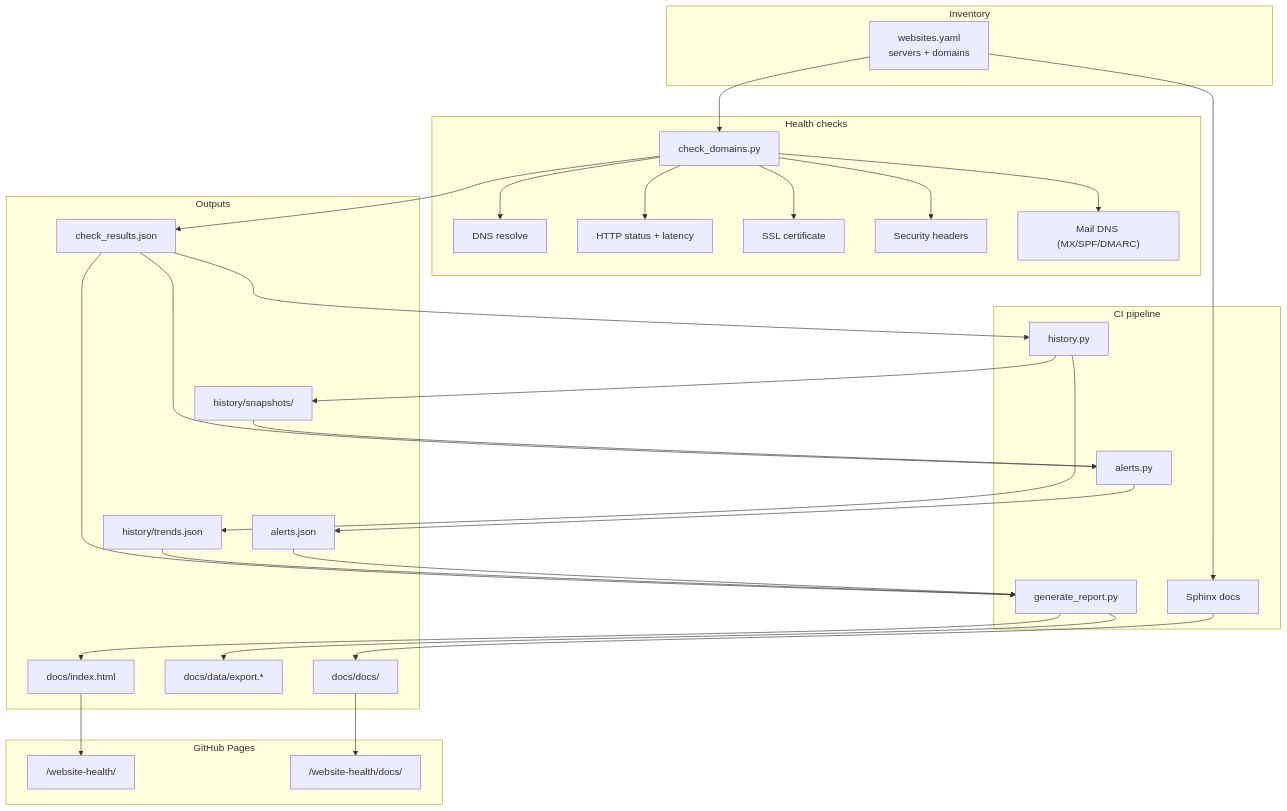
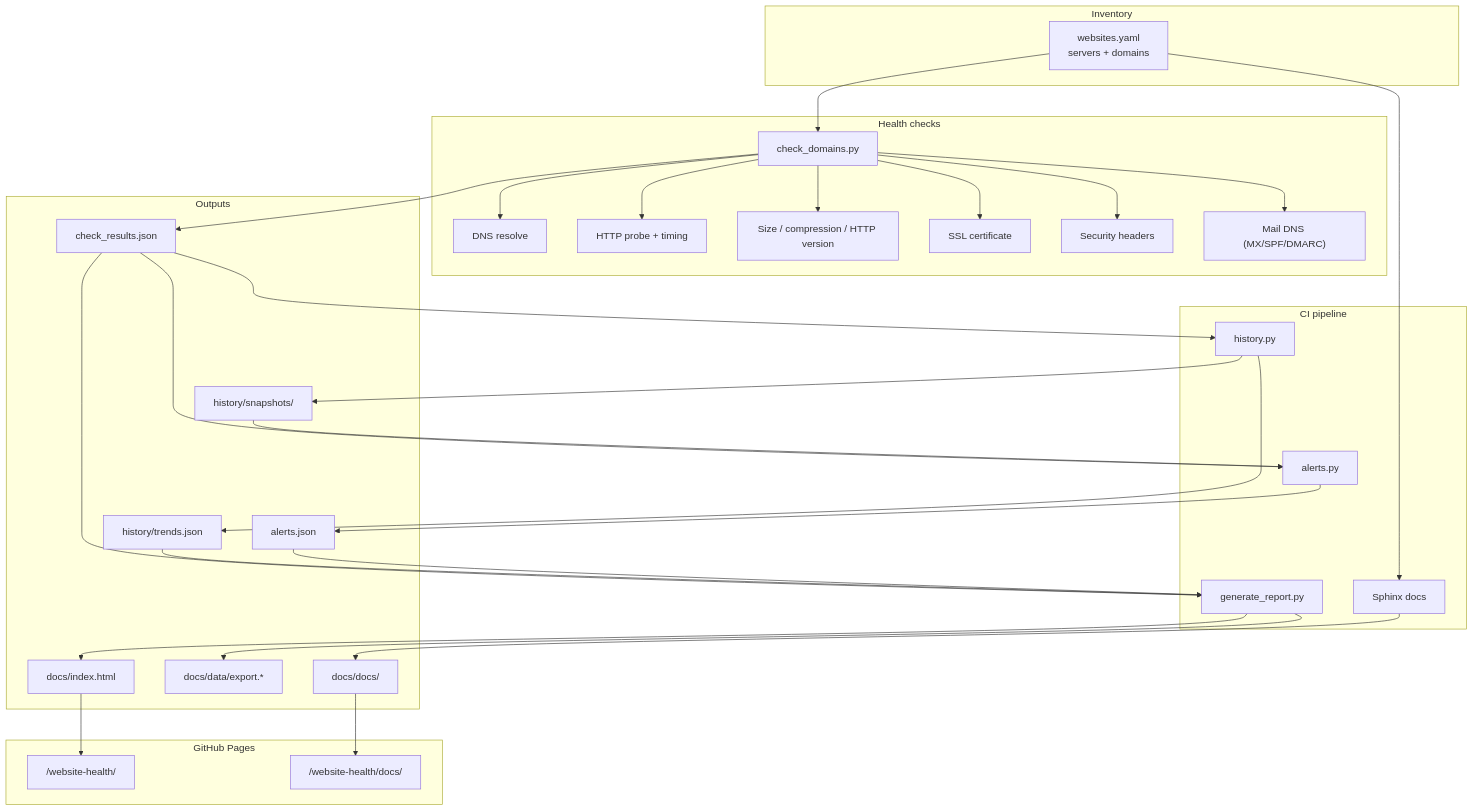
Before and after one commit to hubertba/website-health: the first of 6 diagrams in requirements-docs/diagrams.rst, drawn with Mermaid. The commit also changed 17 other files, not shown here.

First line of the commit message:
Add performance probes: timing breakdown, size, compression, trends

```diff
--- a/requirements-docs/diagrams.rst
+++ b/requirements-docs/diagrams.rst
@@ -7,55 +7,56 @@
 .. mermaid::
 
    flowchart TB
      subgraph inventory["Inventory"]
        YAML["websites.yaml<br/>servers + domains"]
      end
 
      subgraph checks["Health checks"]
        CHECK["check_domains.py"]
        DNS["DNS resolve"]
-       HTTP["HTTP status + latency"]
+       HTTP["HTTP probe + timing"]
+       PERF["Size / compression / HTTP version"]
        SSL["SSL certificate"]
        SEC["Security headers"]
        MAIL["Mail DNS (MX/SPF/DMARC)"]
      end
 
      subgraph pipeline["CI pipeline"]
        ALERTS["alerts.py"]
        HIST["history.py"]
        REPORT["generate_report.py"]
        SPHINX["Sphinx docs"]
      end
 
      subgraph output["Outputs"]
        JSON["check_results.json"]
        SNAP["history/snapshots/"]
        TRENDS["history/trends.json"]
        ALERTJSON["alerts.json"]
        HTML["docs/index.html"]
        DATA["docs/data/export.*"]
        DOCS["docs/docs/"]
      end
 
      subgraph pages["GitHub Pages"]
        ROOT["/website-health/"]
        DOCPATH["/website-health/docs/"]
      end
 
      YAML --> CHECK
-     CHECK --> DNS & HTTP & SSL & SEC & MAIL
+     CHECK --> DNS & HTTP & SSL & SEC & MAIL & PERF
      CHECK --> JSON
      JSON --> ALERTS
      SNAP --> ALERTS
      ALERTS --> ALERTJSON
      JSON --> HIST
      HIST --> SNAP & TRENDS
      JSON --> REPORT
      TRENDS --> REPORT
      ALERTJSON --> REPORT
      REPORT --> HTML
      REPORT --> DATA
      YAML --> SPHINX
      SPHINX --> DOCS
      HTML --> ROOT
      DOCS --> DOCPATH
```
